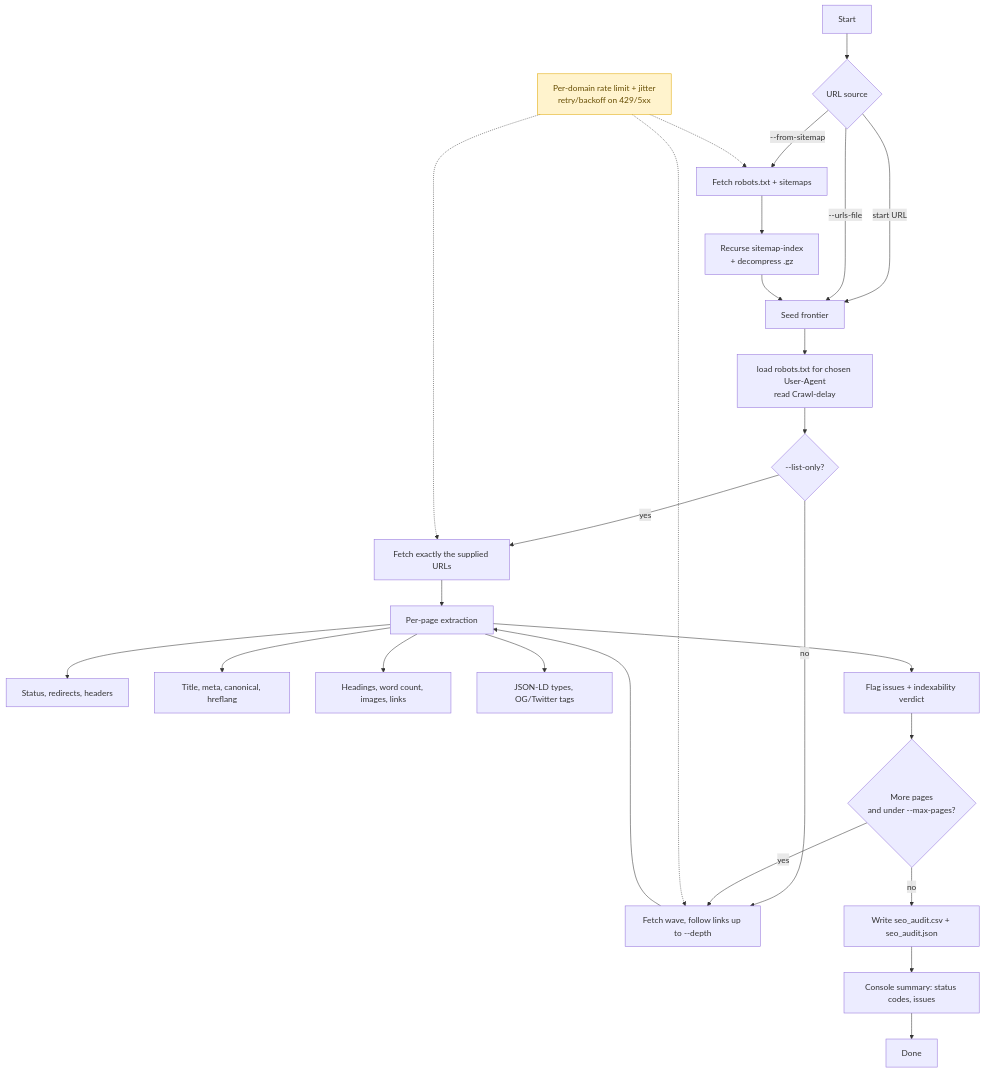
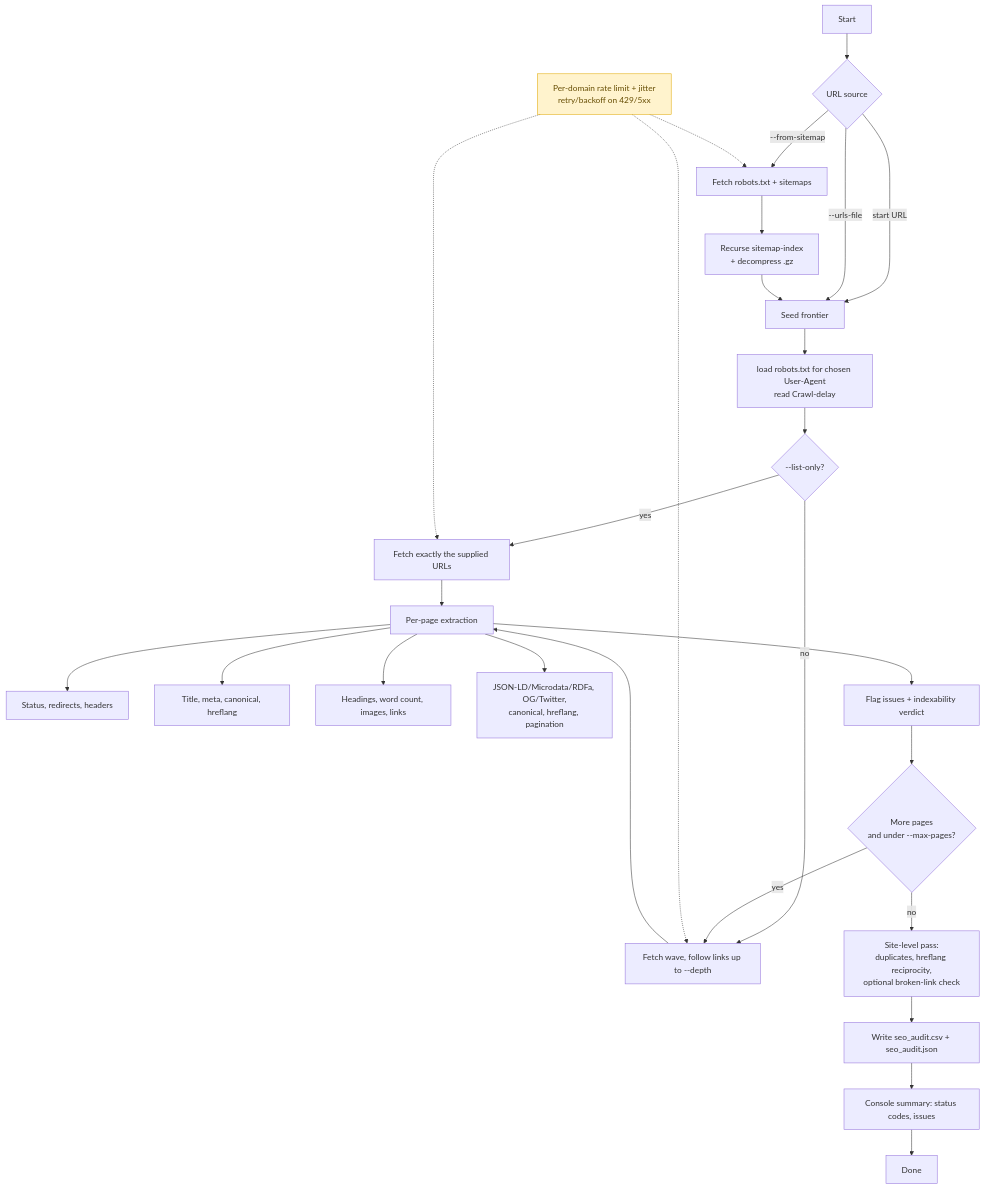
Before and after one commit to kiranbabuthatha/SEO-crawler: the diagram in README.md, drawn with Mermaid. The commit also changed other lines of this file and 2 other files, not shown here.

````diff
--- a/README.md
+++ b/README.md
@@ -188,38 +210,39 @@
 ```mermaid
 flowchart TD
     A[Start] --> B{URL source}
     B -->|start URL| C[Seed frontier]
     B -->|--urls-file| C
     B -->|--from-sitemap| D[Fetch robots.txt + sitemaps]
     D --> D2[Recurse sitemap-index<br/>+ decompress .gz]
     D2 --> C
 
     C --> E[load robots.txt for chosen User-Agent<br/>read Crawl-delay]
     E --> F{--list-only?}
 
     F -->|yes| G[Fetch exactly the supplied URLs]
     F -->|no| H[Fetch wave, follow links up to --depth]
 
     G --> I[Per-page extraction]
     H --> I
 
     I --> I1[Status, redirects, headers]
     I --> I2[Title, meta, canonical, hreflang]
     I --> I3[Headings, word count, images, links]
-    I --> I4[JSON-LD types, OG/Twitter tags]
+    I --> I4[JSON-LD/Microdata/RDFa, OG/Twitter,<br/>canonical, hreflang, pagination]
     I --> I5[Flag issues + indexability verdict]
 
     I5 --> J{More pages<br/>and under --max-pages?}
     J -->|yes| H
-    J -->|no| K[Write seo_audit.csv + seo_audit.json]
+    J -->|no| S[Site-level pass:<br/>duplicates, hreflang reciprocity,<br/>optional broken-link check]
+    S --> K[Write seo_audit.csv + seo_audit.json]
     K --> L[Console summary: status codes, issues]
     L --> M[Done]
 
     %% Politeness applies to every fetch
     P[Per-domain rate limit + jitter<br/>retry/backoff on 429/5xx]:::note
     P -.-> G
     P -.-> H
     P -.-> D
 
     classDef note fill:#fff3cd,stroke:#e0a800,color:#664d03;
 ```
````
